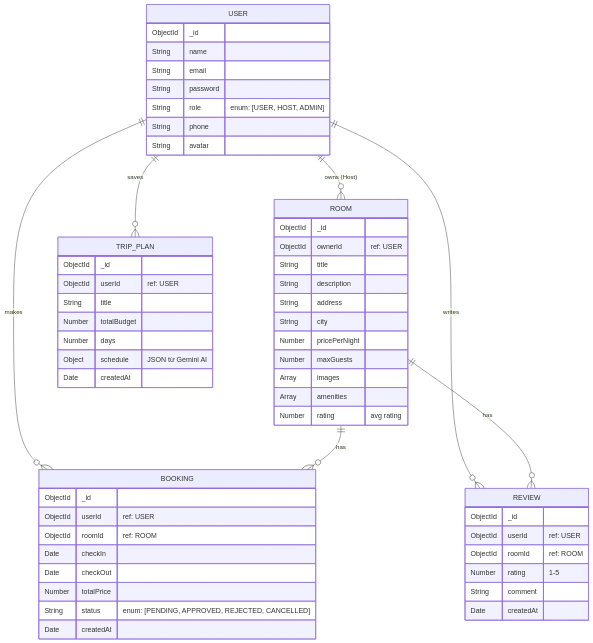
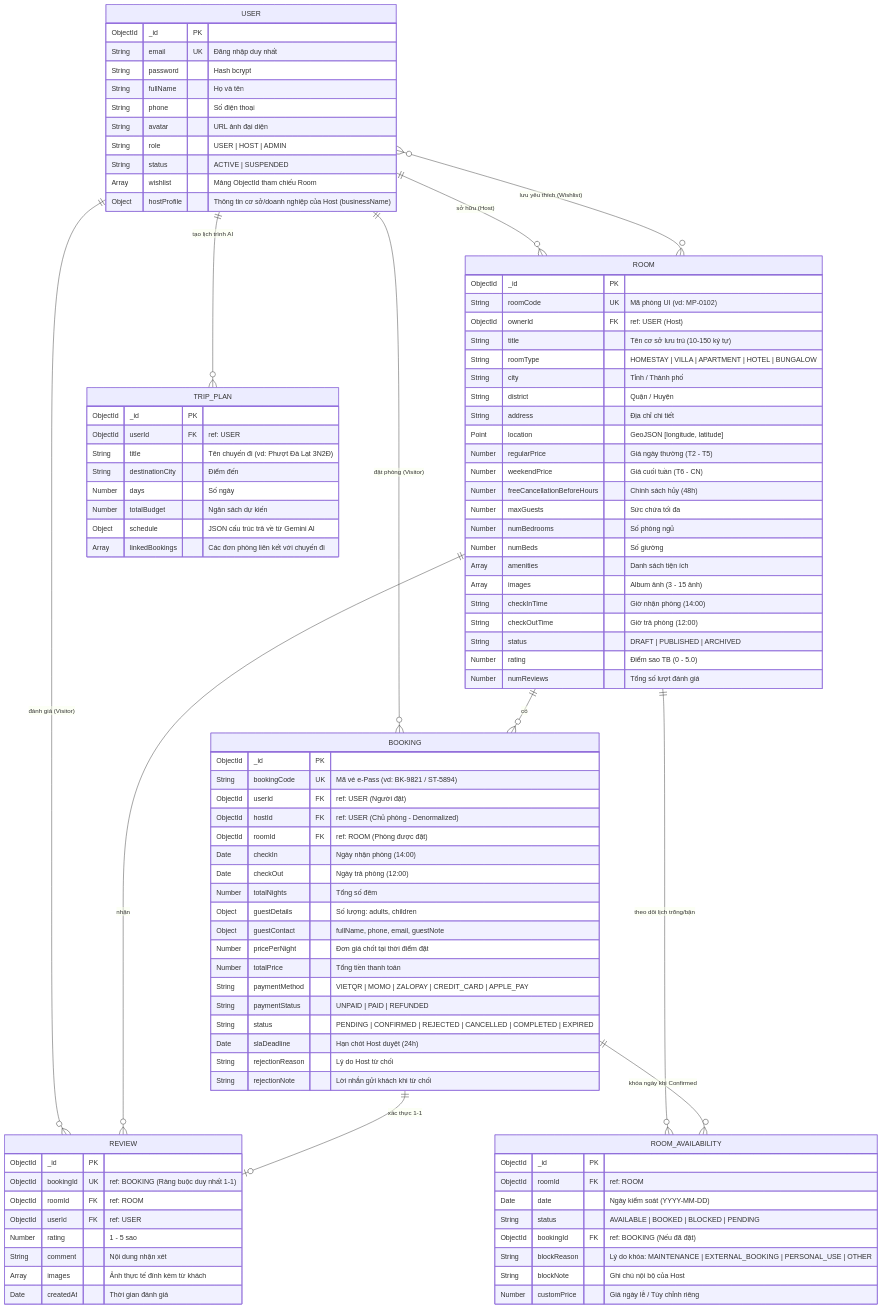
One commit to Julius-wol/smart_travel changed the diagram in docs/database-schema.md. Above: the diagram before and after it, drawn with Mermaid. The commit also changed other lines of this file and 35 other files, not shown here.

````diff
--- a/docs/database-schema.md
+++ b/docs/database-schema.md
@@ -7,63 +21,107 @@
 ```mermaid
 erDiagram
-    USER ||--o{ ROOM : "owns (Host)"
-    USER ||--o{ BOOKING : "makes"
-    USER ||--o{ REVIEW : "writes"
-    USER ||--o{ TRIP_PLAN : "saves"
-    ROOM ||--o{ BOOKING : "has"
-    ROOM ||--o{ REVIEW : "has"
+    USER ||--o{ ROOM : "sở hữu (Host)"
+    USER ||--o{ BOOKING : "đặt phòng (Visitor)"
+    USER ||--o{ REVIEW : "đánh giá (Visitor)"
+    USER ||--o{ TRIP_PLAN : "tạo lịch trình AI"
+    USER }o--o{ ROOM : "lưu yêu thích (Wishlist)"
+    
+    ROOM ||--o{ BOOKING : "có"
+    ROOM ||--o{ REVIEW : "nhận"
+    ROOM ||--o{ ROOM_AVAILABILITY : "theo dõi lịch trống/bận"
+    
+    BOOKING ||--o| REVIEW : "xác thực 1-1"
+    BOOKING ||--o{ ROOM_AVAILABILITY : "khóa ngày khi Confirmed"
 
     USER {
-        ObjectId _id
-        String name
-        String email
-        String password
-        String role "enum: [USER, HOST, ADMIN]"
-        String phone
-        String avatar
+        ObjectId _id PK
+        String email UK "Đăng nhập duy nhất"
+        String password "Hash bcrypt"
+        String fullName "Họ và tên"
+        String phone "Số điện thoại"
+        String avatar "URL ảnh đại diện"
+        String role "USER | HOST | ADMIN"
+        String status "ACTIVE | SUSPENDED"
+        Array wishlist "Mảng ObjectId tham chiếu Room"
+        Object hostProfile "Thông tin cơ sở/doanh nghiệp của Host (businessName)"
     }
 
     ROOM {
-        ObjectId _id
-        ObjectId ownerId "ref: USER"
-        String title
-        String description
-        String address
-        String city
-        Number pricePerNight
-        Number maxGuests
-        Array images
-        Array amenities
-        Number rating "avg rating"
+        ObjectId _id PK
+        String roomCode UK "Mã phòng UI (vd: MP-0102)"
+        ObjectId ownerId FK "ref: USER (Host)"
+        String title "Tên cơ sở lưu trú (10-150 ký tự)"
+        String roomType "HOMESTAY | VILLA | APARTMENT | HOTEL | BUNGALOW"
+        String city "Tỉnh / Thành phố"
+        String district "Quận / Huyện"
+        String address "Địa chỉ chi tiết"
+        Point location "GeoJSON [longitude, latitude]"
+        Number regularPrice "Giá ngày thường (T2 - T5)"
+        Number weekendPrice "Giá cuối tuần (T6 - CN)"
+        Number freeCancellationBeforeHours "Chính sách hủy (48h)"
+        Number maxGuests "Sức chứa tối đa"
+        Number numBedrooms "Số phòng ngủ"
+        Number numBeds "Số giường"
+        Array amenities "Danh sách tiện ích"
+        Array images "Album ảnh (3 - 15 ảnh)"
+        String checkInTime "Giờ nhận phòng (14:00)"
+        String checkOutTime "Giờ trả phòng (12:00)"
+        String status "DRAFT | PUBLISHED | ARCHIVED"
+        Number rating "Điểm sao TB (0 - 5.0)"
+        Number numReviews "Tổng số lượt đánh giá"
     }
 
     BOOKING {
-        ObjectId _id
-        ObjectId userId "ref: USER"
-        ObjectId roomId "ref: ROOM"
-        Date checkIn
-        Date checkOut
-        Number totalPrice
-        String status "enum: [PENDING, APPROVED, REJECTED, CANCELLED]"
-        Date createdAt
+        ObjectId _id PK
+        String bookingCode UK "Mã vé e-Pass (vd: BK-9821 / ST-5894)"
+        ObjectId userId FK "ref: USER (Người đặt)"
+        ObjectId hostId FK "ref: USER (Chủ phòng - Denormalized)"
+        ObjectId roomId FK "ref: ROOM (Phòng được đặt)"
+        Date checkIn "Ngày nhận phòng (14:00)"
+        Date checkOut "Ngày trả phòng (12:00)"
+        Number totalNights "Tổng số đêm"
+        Object guestDetails "Số lượng: adults, children"
+        Object guestContact "fullName, phone, email, guestNote"
+        Number pricePerNight "Đơn giá chốt tại thời điểm đặt"
+        Number totalPrice "Tổng tiền thanh toán"
+        String paymentMethod "VIETQR | MOMO | ZALOPAY | CREDIT_CARD | APPLE_PAY"
+        String paymentStatus "UNPAID | PAID | REFUNDED"
+        String status "PENDING | CONFIRMED | REJECTED | CANCELLED | COMPLETED | EXPIRED"
+        Date slaDeadline "Hạn chót Host duyệt (24h)"
+        String rejectionReason "Lý do Host từ chối"
+        String rejectionNote "Lời nhắn gửi khách khi từ chối"
+    }
+
+    ROOM_AVAILABILITY {
+        ObjectId _id PK
+        ObjectId roomId FK "ref: ROOM"
+        Date date "Ngày kiểm soát (YYYY-MM-DD)"
+        String status "AVAILABLE | BOOKED | BLOCKED | PENDING"
+        ObjectId bookingId FK "ref: BOOKING (Nếu đã đặt)"
+        String blockReason "Lý do khóa: MAINTENANCE | EXTERNAL_BOOKING | PERSONAL_USE | OTHER"
+        String blockNote "Ghi chú nội bộ của Host"
+        Number customPrice "Giá ngày lễ / Tùy chỉnh riêng"
     }
 
     REVIEW {
-        ObjectId _id
-        ObjectId userId "ref: USER"
-        ObjectId roomId "ref: ROOM"
-        Number rating "1-5"
-        String comment
-        Date createdAt
+        ObjectId _id PK
+        ObjectId bookingId UK "ref: BOOKING (Ràng buộc duy nhất 1-1)"
+        ObjectId roomId FK "ref: ROOM"
+        ObjectId userId FK "ref: USER"
+        Number rating "1 - 5 sao"
+        String comment "Nội dung nhận xét"
+        Array images "Ảnh thực tế đính kèm từ khách"
+        Date createdAt "Thời gian đánh giá"
     }
 
     TRIP_PLAN {
-        ObjectId _id
-        ObjectId userId "ref: USER"
-        String title
-        Number totalBudget
-        Number days
-        Object schedule "JSON từ Gemini AI"
-        Date createdAt
+        ObjectId _id PK
+        ObjectId userId FK "ref: USER"
+        String title "Tên chuyến đi (vd: Phượt Đà Lạt 3N2Đ)"
+        String destinationCity "Điểm đến"
+        Number days "Số ngày"
+        Number totalBudget "Ngân sách dự kiến"
+        Object schedule "JSON cấu trúc trả về từ Gemini AI"
+        Array linkedBookings "Các đơn phòng liên kết với chuyến đi"
     }
 ```
````
